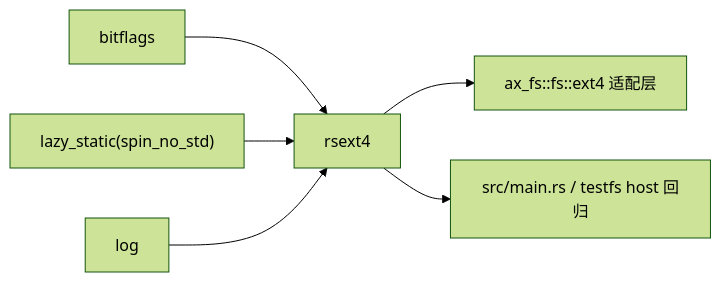
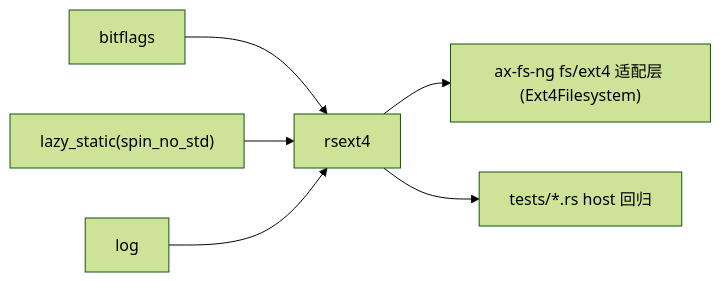
Before and after one commit to rcore-os/tgoskits: the second of 2 diagrams in docs/docs/components/crates/rsext4.md, drawn with Mermaid (forest theme). The commit also changed other lines of this file, not shown here.

First line of the commit message:
docs(rsext4): correct component doc — rsext4 is the active ax-fs-ng ext4 backend

````diff
--- a/docs/docs/components/crates/rsext4.md
+++ b/docs/docs/components/crates/rsext4.md
@@ -111,9 +111,9 @@
 ```mermaid
 graph LR
     bitflags["bitflags"] --> current["rsext4"]
     lazy_static["lazy_static(spin_no_std)"] --> current
     log["log"] --> current
 
-    current --> axfs_ext4["ax_fs::fs::ext4 适配层"]
-    current --> host_demo["src/main.rs / testfs host 回归"]
+    current --> axfsng_ext4["ax-fs-ng fs/ext4 适配层 (Ext4Filesystem)"]
+    current --> host_tests["tests/*.rs host 回归"]
 ```
````
